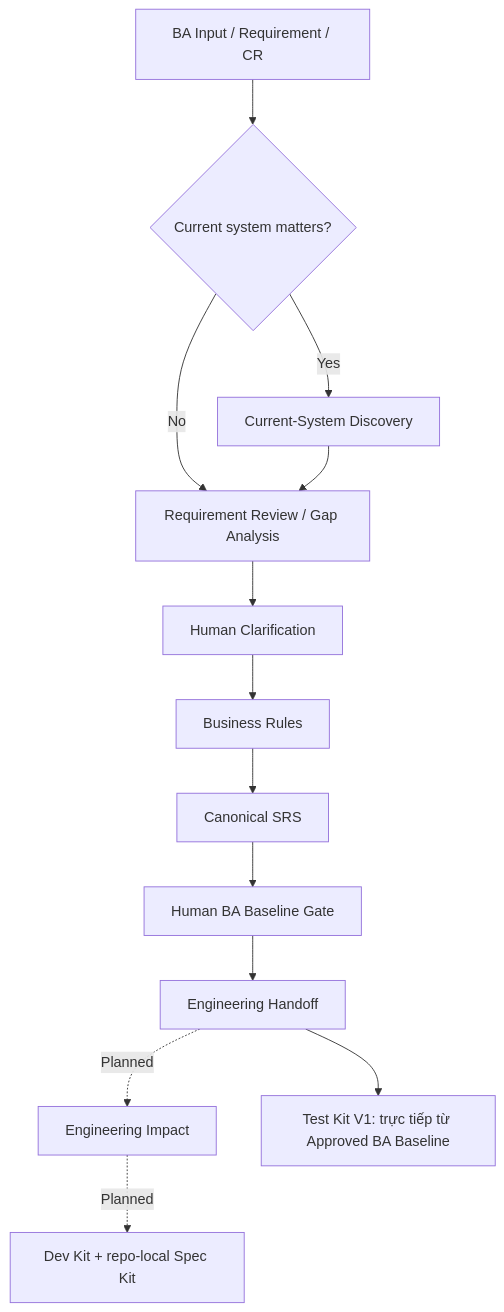
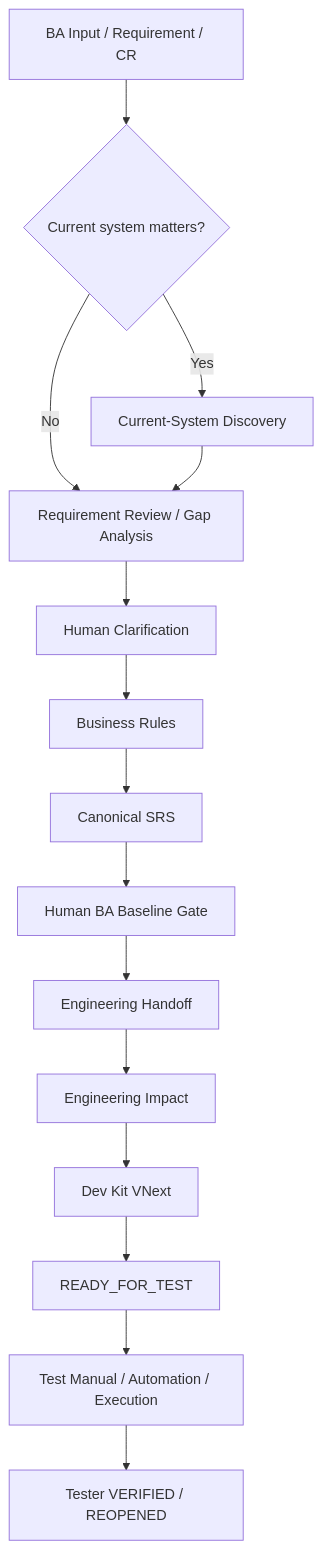
One commit to iceteaofyoureyes/agent-skills changed the first of 2 diagrams in docs/vi/BA_KIT_WORKFLOW.md. Above: the diagram before and after it, drawn with Mermaid. The commit also changed other lines of this file and 74 other files, not shown here.

```diff
--- a/docs/vi/BA_KIT_WORKFLOW.md
+++ b/docs/vi/BA_KIT_WORKFLOW.md
@@ -50,15 +50,17 @@
 ~~~mermaid
 flowchart TD
     A[BA Input / Requirement / CR] --> B{Current system matters?}
     B -- Yes --> C[Current-System Discovery]
     B -- No --> D[Requirement Review / Gap Analysis]
     C --> D
     D --> E[Human Clarification]
     E --> F[Business Rules]
     F --> G[Canonical SRS]
     G --> H[Human BA Baseline Gate]
     H --> I[Engineering Handoff]
-    I -. Planned .-> J[Engineering Impact]
-    J -. Planned .-> K[Dev Kit + repo-local Spec Kit]
-    I --> L[Test Kit V1: trực tiếp từ Approved BA Baseline]
+    I --> J[Engineering Impact]
+    J --> K[Dev Kit VNext]
+    K --> L[READY_FOR_TEST]
+    L --> M[Test Manual / Automation / Execution]
+    M --> N[Tester VERIFIED / REOPENED]
 ~~~
```
